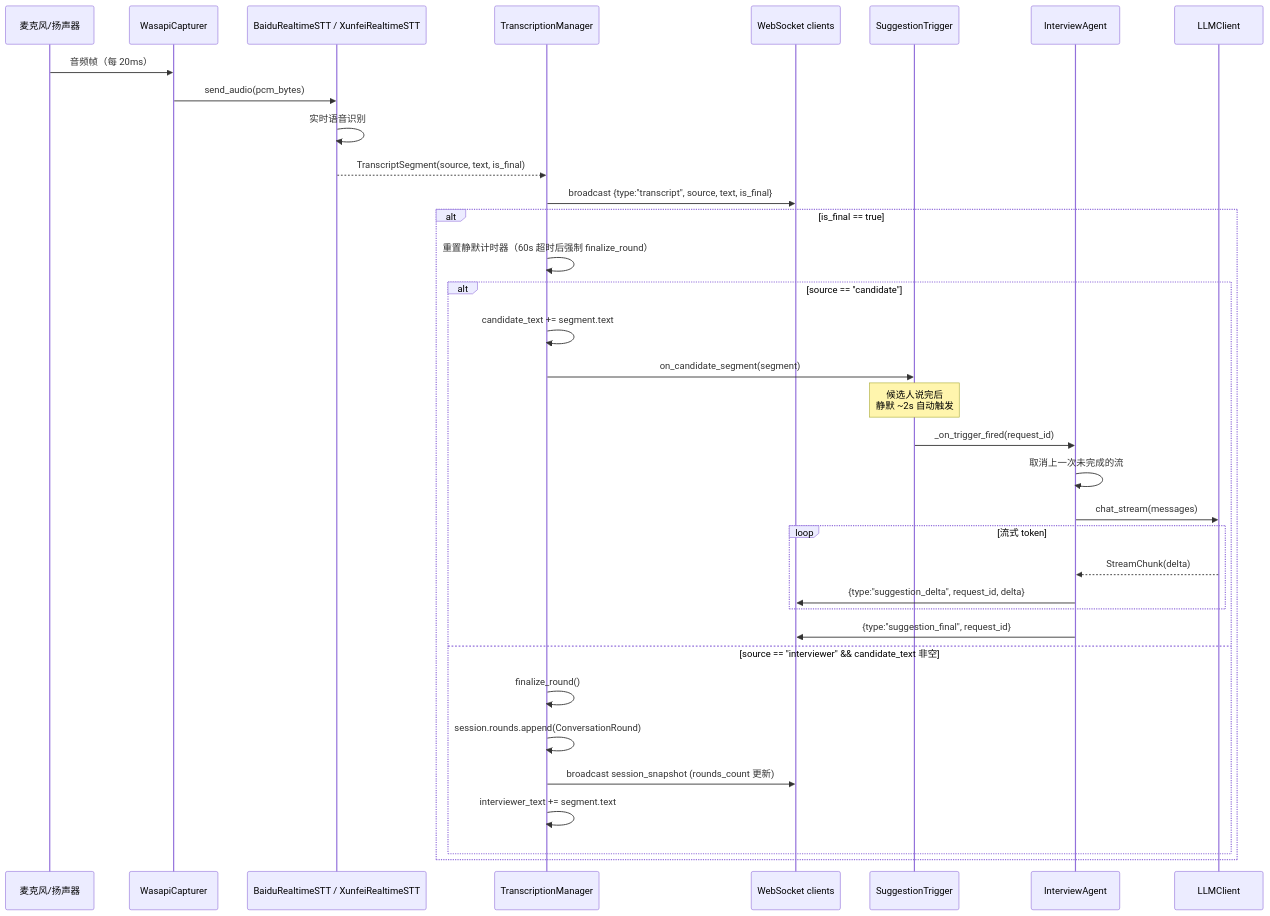
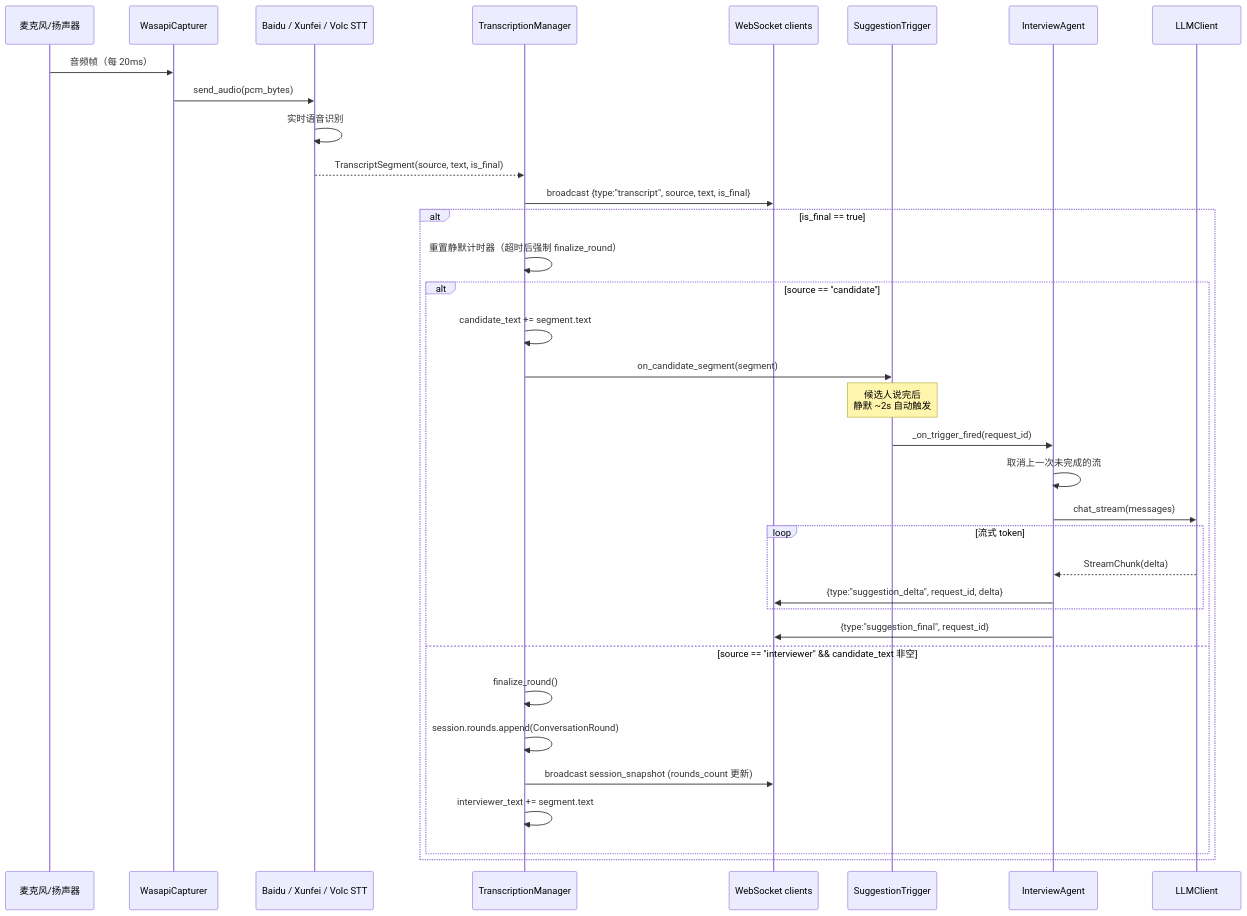
Before and after one commit to dygcjlu/interviewer-assistant: the third of 4 diagrams in docs/arc/flows.md, drawn with Mermaid. The commit also changed other lines of this file and 48 other files, not shown here.

First line of the commit message:
docs: sync arc docs with current architecture and prune obsolete notes

````diff
--- a/docs/arc/flows.md
+++ b/docs/arc/flows.md
@@ -120,38 +124,38 @@
 ```mermaid
 sequenceDiagram
     participant HW as 麦克风/扬声器
     participant CAP as WasapiCapturer
-    participant STT as BaiduRealtimeSTT / XunfeiRealtimeSTT
+    participant STT as Baidu / Xunfei / Volc STT
     participant TM as TranscriptionManager
     participant WS as WebSocket clients
     participant Trig as SuggestionTrigger
     participant IA as InterviewAgent
     participant LLM as LLMClient
 
     HW->>CAP: 音频帧（每 20ms）
     CAP->>STT: send_audio(pcm_bytes)
     STT->>STT: 实时语音识别
     STT-->>TM: TranscriptSegment(source, text, is_final)
     TM->>WS: broadcast {type:"transcript", source, text, is_final}
     alt is_final == true
-        TM->>TM: 重置静默计时器（60s 超时后强制 finalize_round）
+        TM->>TM: 重置静默计时器（超时后强制 finalize_round）
         alt source == "candidate"
             TM->>TM: candidate_text += segment.text
             TM->>Trig: on_candidate_segment(segment)
             Note over Trig: 候选人说完后<br/>静默 ~2s 自动触发
             Trig->>IA: _on_trigger_fired(request_id)
             IA->>IA: 取消上一次未完成的流
             IA->>LLM: chat_stream(messages)
             loop 流式 token
                 LLM-->>IA: StreamChunk(delta)
                 IA->>WS: {type:"suggestion_delta", request_id, delta}
             end
             IA->>WS: {type:"suggestion_final", request_id}
         else source == "interviewer" && candidate_text 非空
             TM->>TM: finalize_round()
             TM->>TM: session.rounds.append(ConversationRound)
             TM->>WS: broadcast session_snapshot (rounds_count 更新)
             TM->>TM: interviewer_text += segment.text
         end
     end
 ```
````
